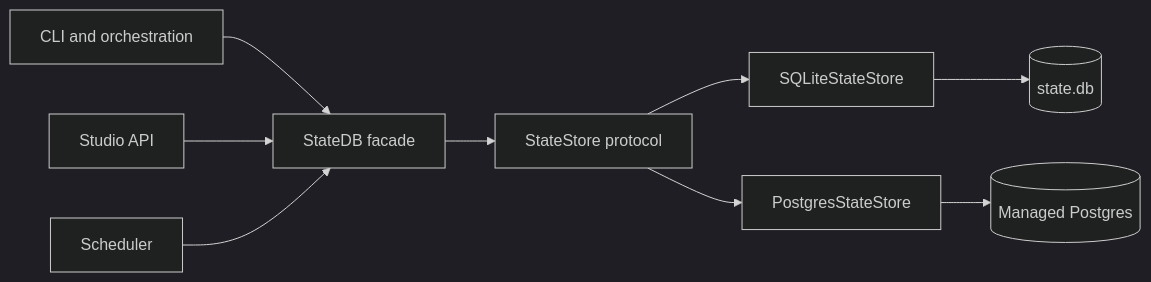
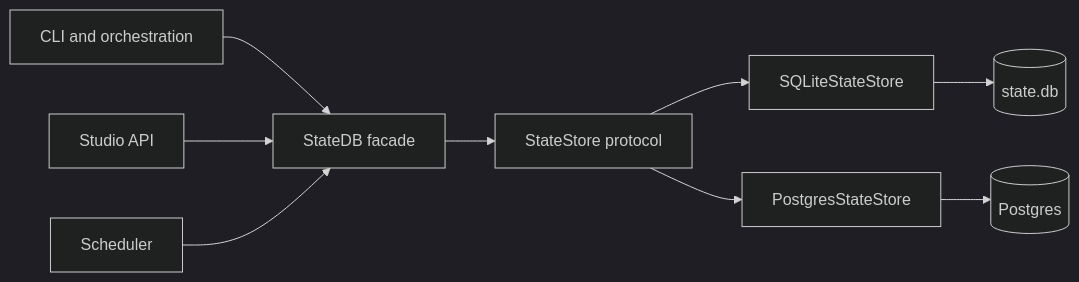
One commit to ohdearquant/lionagi changed the first of 2 diagrams in docs/adrs/ADR-0059-postgres-state-backend.md. Above: the diagram before and after it, drawn with Mermaid (dark theme). The commit also changed other lines of this file and 31 other files, not shown here.

````diff
--- a/docs/adrs/ADR-0059-postgres-state-backend.md
+++ b/docs/adrs/ADR-0059-postgres-state-backend.md
@@ -60,11 +60,11 @@
 ```mermaid
 flowchart LR
   CLI[CLI and orchestration] --> Facade[StateDB facade]
   Studio[Studio API] --> Facade
   Scheduler[Scheduler] --> Facade
   Facade --> Store[StateStore protocol]
   Store --> SQLite[SQLiteStateStore]
   Store --> Postgres[PostgresStateStore]
-  Postgres --> PG[(Managed Postgres)]
+  Postgres --> PG[(Postgres)]
   SQLite --> DB[(state.db)]
 ```
````
